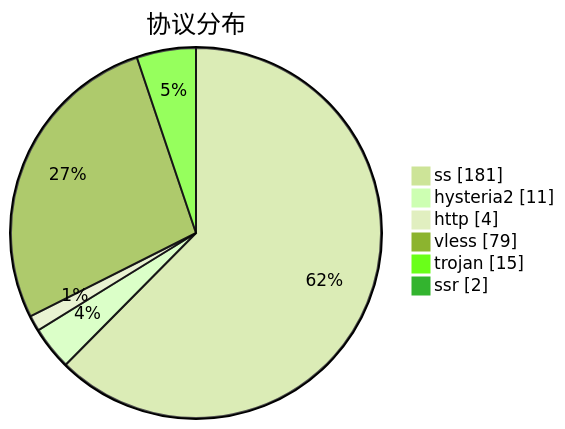
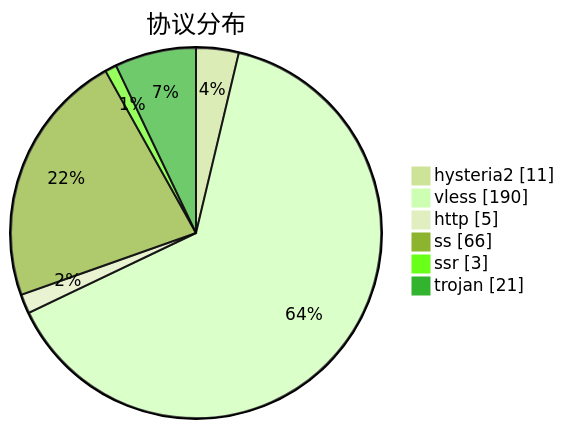
One commit to qjlxg/airport changed the third of 3 diagrams in subs/statistics/tested_within.md. Above: the diagram before and after it, drawn with Mermaid (forest theme). The commit also changed other lines of this file and 2 other files, not shown here.

````diff
--- a/subs/statistics/tested_within.md
+++ b/subs/statistics/tested_within.md
@@ -18,10 +19,10 @@
 ```mermaid
 pie showData
 title 协议分布
-"ss" : 181
 "hysteria2" : 11
-"http" : 4
-"vless" : 79
-"trojan" : 15
-"ssr" : 2
+"vless" : 190
+"http" : 5
+"ss" : 66
+"ssr" : 3
+"trojan" : 21
 ```
````
